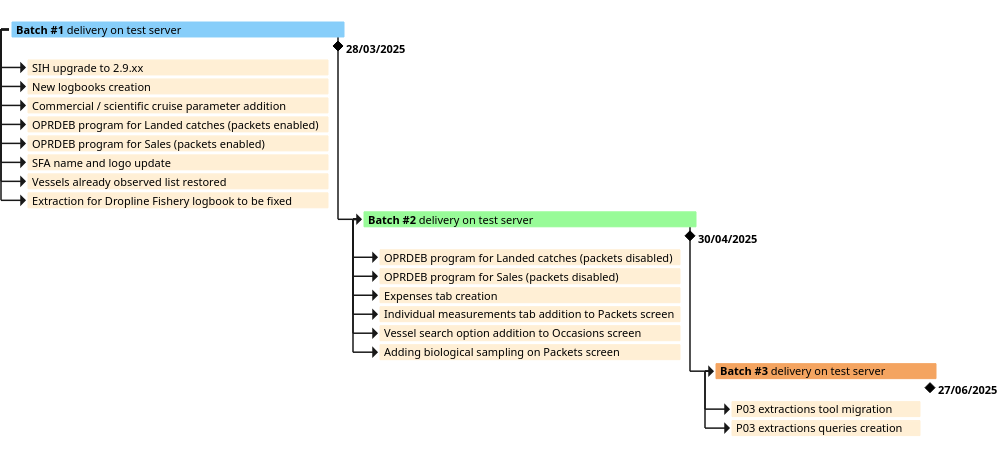
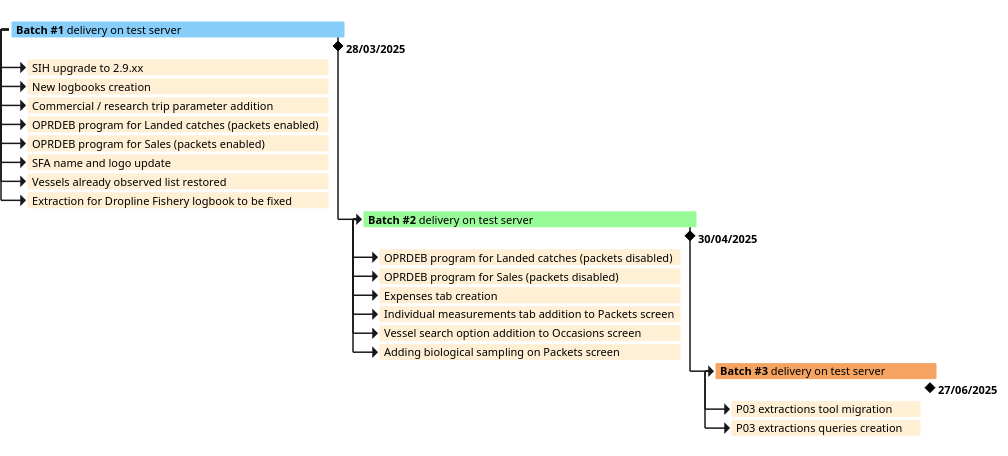
One commit to sumaris-net/sumaris-doc changed the diagram in projects/sfa/crr/sfa-25-002-gantt.puml. Above: the diagram before and after it, drawn with PlantUML. The commit also changed 1 other file, not shown here.

```diff
--- a/projects/sfa/crr/sfa-25-002-gantt.puml
+++ b/projects/sfa/crr/sfa-25-002-gantt.puml
@@ -1,36 +1,36 @@
 @startgantt
     <style>
         ganttDiagram {
             timeline {
                 LineColor transparent
                 FontColor transparent
             }
             milestone {
                 FontStyle bold
             }
         }
     </style>
     hide footbox
     [**Batch #1** delivery on test server] requires 21 days and is colored in LightSkyBlue
         [28/03/2025] happens at [**Batch #1** delivery on test server]'s end
         [SIH upgrade to 2.9.xx] starts 1 day after [**Batch #1** delivery on test server]'s start and lasts 19 days and is colored in PapayaWhip
         [New logbooks creation] starts 1 day after [**Batch #1** delivery on test server]'s start and lasts 19 days and is colored in PapayaWhip
-        [Commercial / scientific cruise parameter addition] starts 1 day after [**Batch #1** delivery on test server]'s start and lasts 19 days and is colored in PapayaWhip
+        [Commercial / research trip parameter addition] starts 1 day after [**Batch #1** delivery on test server]'s start and lasts 19 days and is colored in PapayaWhip
         [OPRDEB program for Landed catches (packets enabled)] starts 1 day after [**Batch #1** delivery on test server]'s start and lasts 19 days and is colored in PapayaWhip
         [OPRDEB program for Sales (packets enabled)] starts 1 day after [**Batch #1** delivery on test server]'s start and lasts 19 days and is colored in PapayaWhip
         [SFA name and logo update] starts 1 day after [**Batch #1** delivery on test server]'s start and lasts 19 days and is colored in PapayaWhip
         [Vessels already observed list restored] starts 1 day after [**Batch #1** delivery on test server]'s start and lasts 19 days and is colored in PapayaWhip
         [Extraction for Dropline Fishery logbook to be fixed] starts 1 day after [**Batch #1** delivery on test server]'s start and lasts 19 days and is colored in PapayaWhip
     [**Batch #2** delivery on test server] starts 1 day after [**Batch #1** delivery on test server]'s end and requires 21 days and is colored in PaleGreen
         [30/04/2025] happens at [**Batch #2** delivery on test server]'s end
         [OPRDEB program for Landed catches (packets disabled)] starts 1 day after [**Batch #2** delivery on test server]'s start and lasts 19 days and is colored in PapayaWhip
         [OPRDEB program for Sales (packets disabled)] starts 1 day after [**Batch #2** delivery on test server]'s start and lasts 19 days and is colored in PapayaWhip
         [Expenses tab creation] starts 1 day after [**Batch #2** delivery on test server]'s start and lasts 19 days and is colored in PapayaWhip
         [Individual measurements tab addition to Packets screen] starts 1 day after [**Batch #2** delivery on test server]'s start and lasts 19 days and is colored in PapayaWhip
         [Vessel search option addition to Occasions screen] starts 1 day after [**Batch #2** delivery on test server]'s start and lasts 19 days and is colored in PapayaWhip
         [Adding biological sampling on Packets screen] starts 1 day after [**Batch #2** delivery on test server]'s start and lasts 19 days and is colored in PapayaWhip
     [**Batch #3** delivery on test server] starts 1 day after [**Batch #2** delivery on test server]'s end and requires 14 days and is colored in SandyBrown
         [27/06/2025] happens at [**Batch #3** delivery on test server]'s end
         [P03 extractions tool migration] starts 1 day after [**Batch #3** delivery on test server]'s start and lasts 12 days and is colored in PapayaWhip
         [P03 extractions queries creation] starts 1 day after [**Batch #3** delivery on test server]'s start and lasts 12 days and is colored in PapayaWhip
 @endgantt
```
